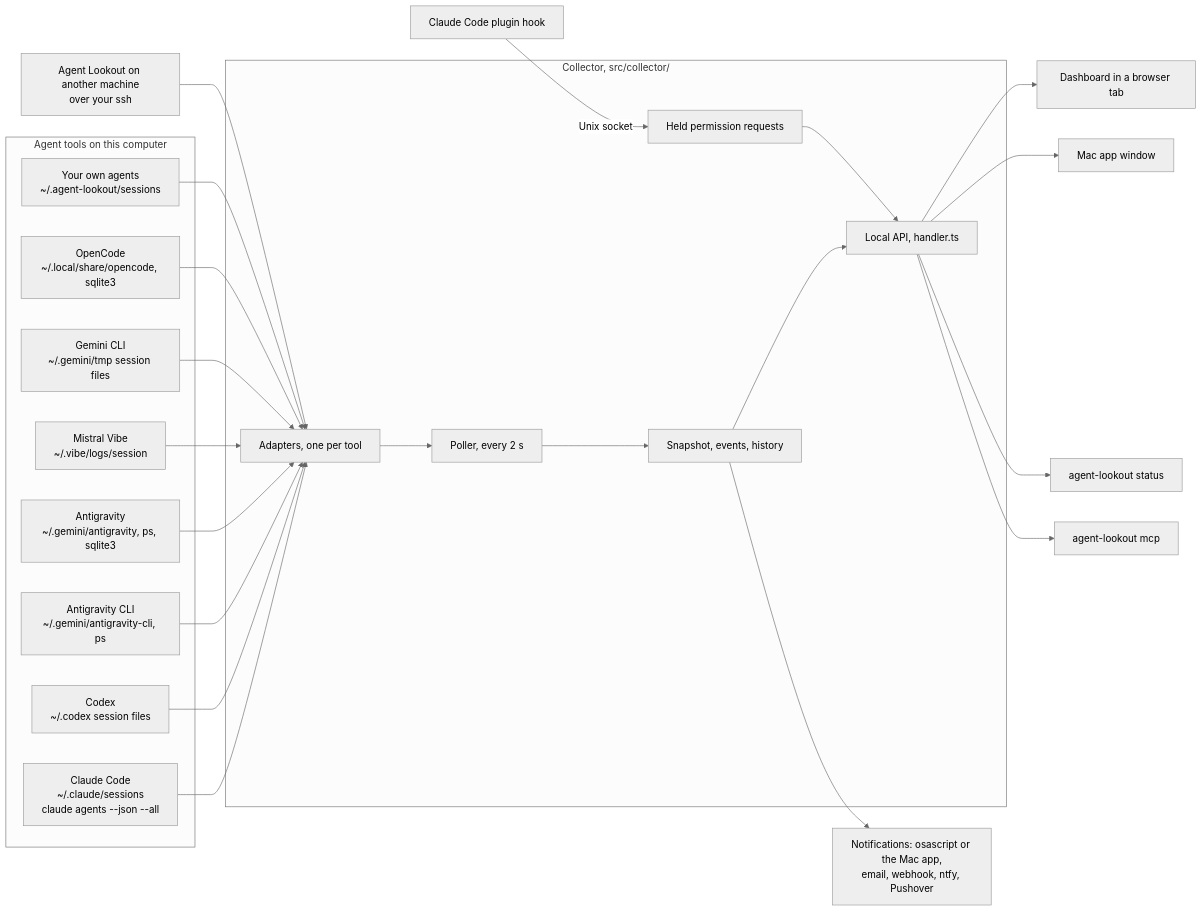
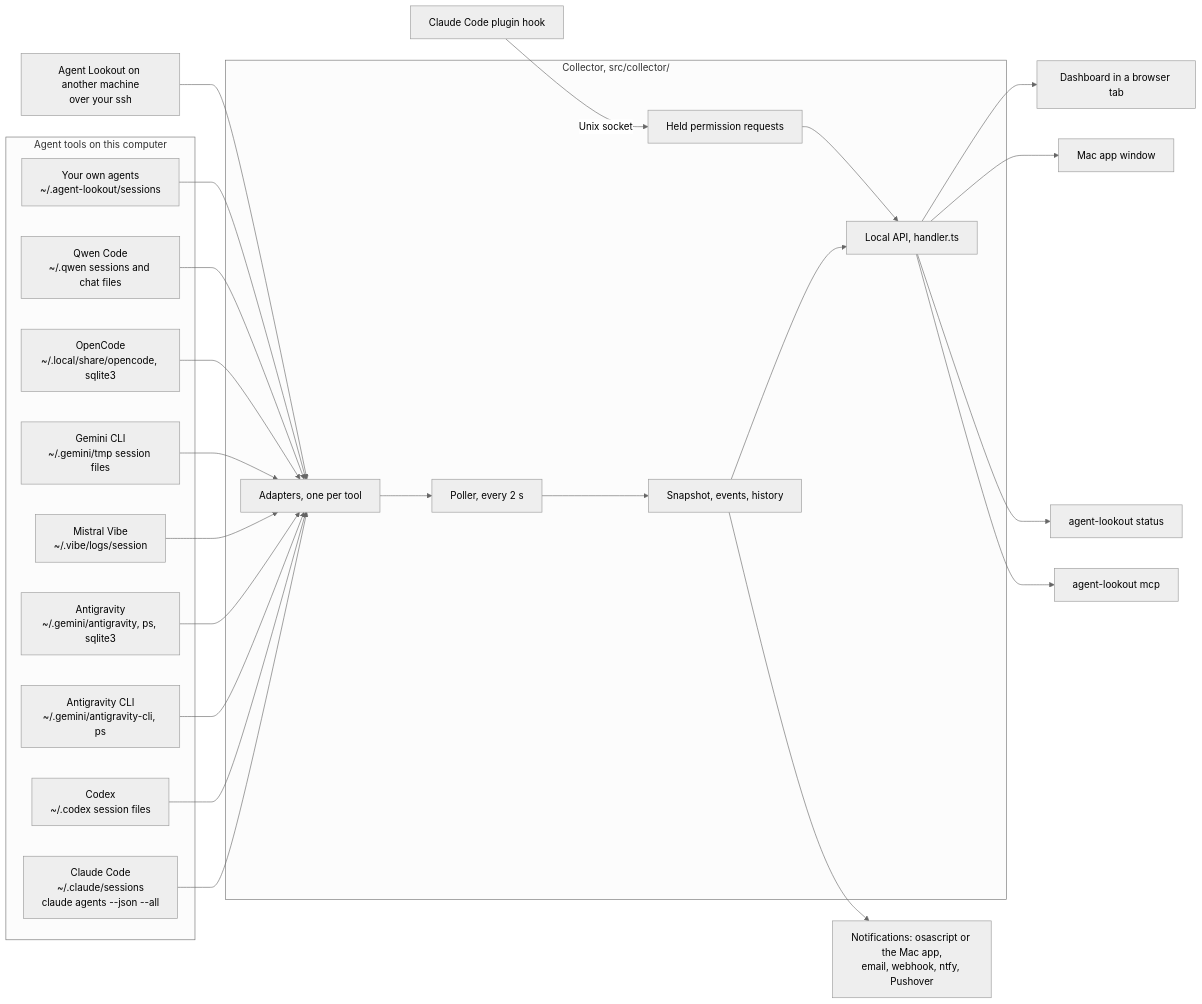
One commit to Olanetsoft/agent-lookout changed the first of 4 diagrams in docs/TOUR.md. Above: the diagram before and after it, drawn with Mermaid (neutral theme). The commit also changed other lines of this file and 97 other files, not shown here.

First line of the commit message:
Add Qwen Code as a source: its sessions, read-only, with working, idle and finished

````diff
--- a/docs/TOUR.md
+++ b/docs/TOUR.md
@@ -29,39 +29,41 @@
 ```mermaid
 flowchart LR
   subgraph tools["Agent tools on this computer"]
     cc["Claude Code<br/>~/.claude/sessions<br/>claude agents --json --all"]
     cx["Codex<br/>~/.codex session files"]
     ag["Antigravity CLI<br/>~/.gemini/antigravity-cli, ps"]
     aa["Antigravity<br/>~/.gemini/antigravity, ps, sqlite3"]
     mv["Mistral Vibe<br/>~/.vibe/logs/session"]
     gc["Gemini CLI<br/>~/.gemini/tmp session files"]
     oc["OpenCode<br/>~/.local/share/opencode, sqlite3"]
+    qw["Qwen Code<br/>~/.qwen sessions and chat files"]
     sf["Your own agents<br/>~/.agent-lookout/sessions"]
   end
   remote["Agent Lookout on another machine<br/>over your ssh"]
   plugin["Claude Code plugin hook"]
   subgraph collector["Collector, src/collector/"]
     adapters["Adapters, one per tool"]
     poller["Poller, every 2 s"]
     snap["Snapshot, events, history"]
     api["Local API, handler.ts"]
     held["Held permission requests"]
   end
   cc --> adapters
   cx --> adapters
   ag --> adapters
   aa --> adapters
   mv --> adapters
   gc --> adapters
   oc --> adapters
+  qw --> adapters
   sf --> adapters
   remote --> adapters
   plugin -->|"Unix socket"| held
   adapters --> poller --> snap --> api
   held --> api
   api --> page["Dashboard in a browser tab"]
   api --> mac["Mac app window"]
   api --> status["agent-lookout status"]
   api --> mcp["agent-lookout mcp"]
   snap --> channels["Notifications: osascript or the Mac app,<br/>email, webhook, ntfy, Pushover"]
 ```
````
